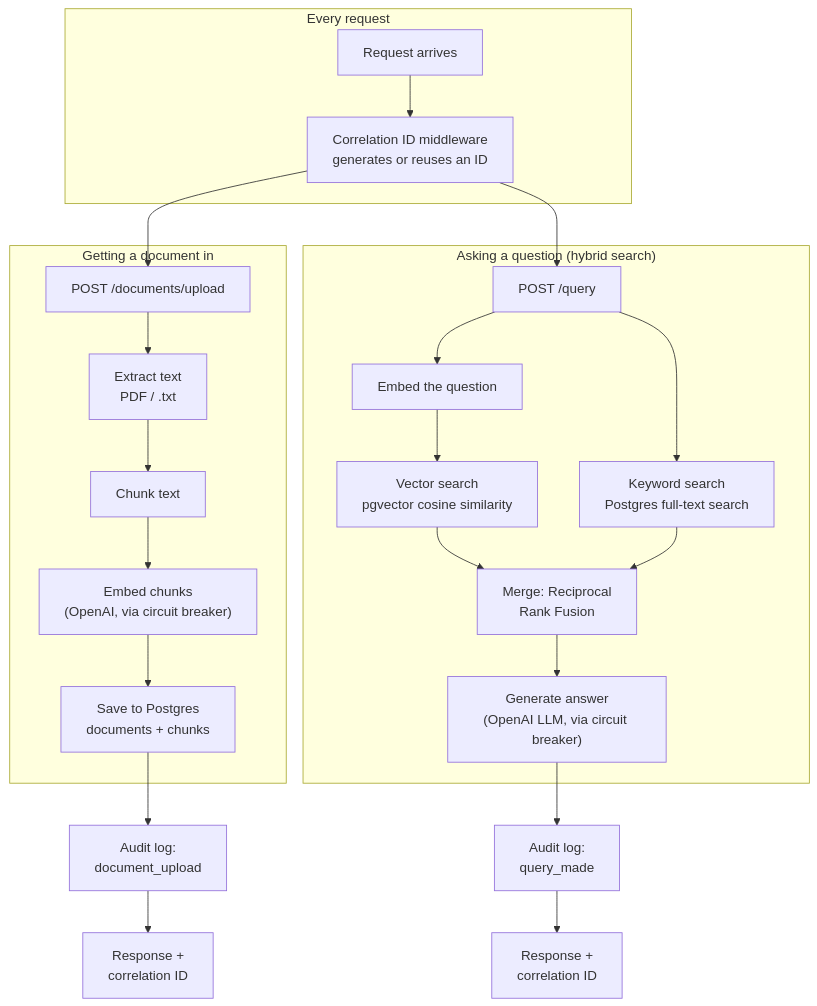
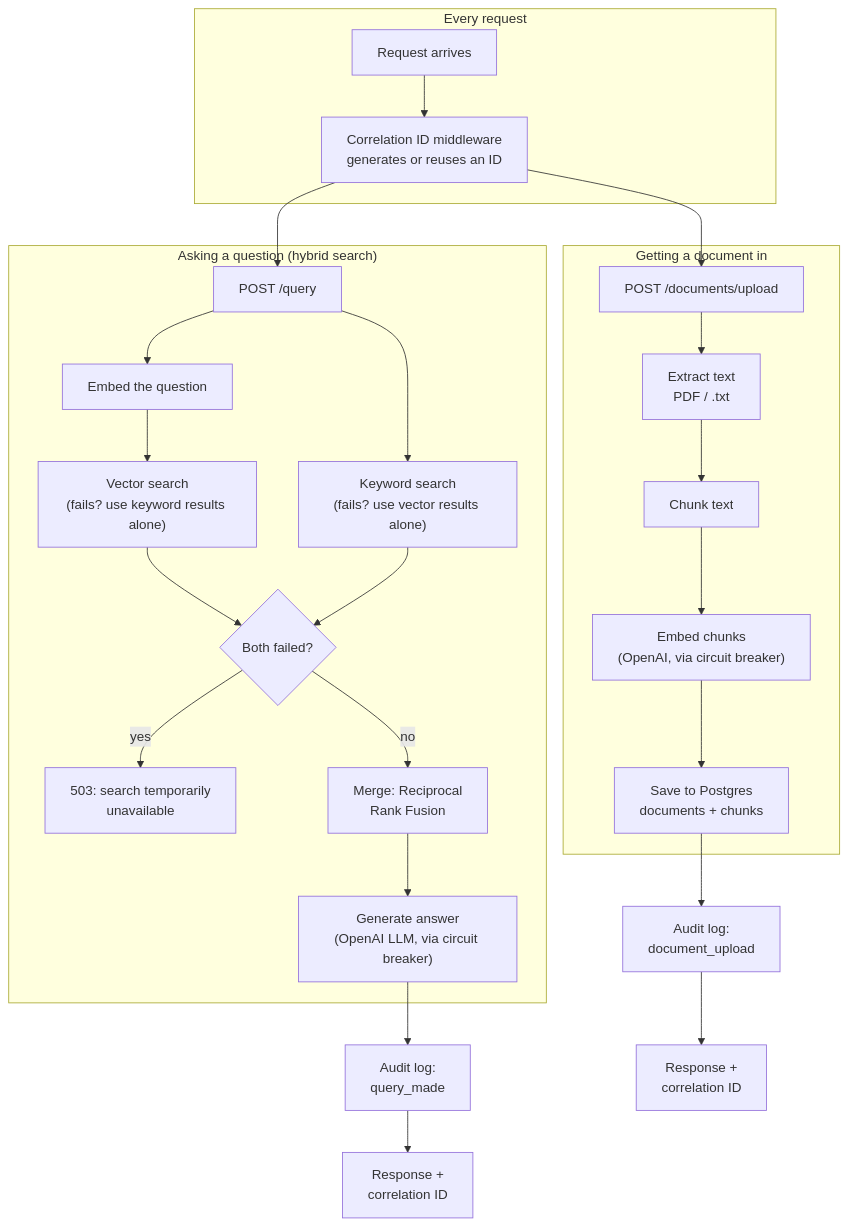
One commit to NavdeepTU/genai_projects changed the first of 2 diagrams in knowledge-brain/docs/ARCHITECTURE.md. Above: the diagram before and after it, drawn with Mermaid. The commit also changed other lines of this file and 19 other files, not shown here.

````diff
--- a/knowledge-brain/docs/ARCHITECTURE.md
+++ b/knowledge-brain/docs/ARCHITECTURE.md
@@ -18,31 +18,33 @@
 ```mermaid
 flowchart TD
     subgraph mw["Every request"]
         REQ[Request arrives] --> CID[Correlation ID middleware<br/>generates or reuses an ID]
     end
 
     CID --> UP[POST /documents/upload]
     CID --> Q[POST /query]
 
     subgraph ingest["Getting a document in"]
         UP --> EXTRACT[Extract text<br/>PDF / .txt]
         EXTRACT --> CHUNK[Chunk text]
         CHUNK --> EMBED["Embed chunks<br/>(OpenAI, via circuit breaker)"]
         EMBED --> SAVE[Save to Postgres<br/>documents + chunks]
     end
 
     subgraph retrieve["Asking a question (hybrid search)"]
         Q --> QEMBED[Embed the question]
-        QEMBED --> VEC[Vector search<br/>pgvector cosine similarity]
-        Q --> KW[Keyword search<br/>Postgres full-text search]
-        VEC --> RRF[Merge: Reciprocal<br/>Rank Fusion]
-        KW --> RRF
+        QEMBED --> VEC["Vector search<br/>(fails? use keyword results alone)"]
+        Q --> KW["Keyword search<br/>(fails? use vector results alone)"]
+        VEC --> BOTH{Both failed?}
+        KW --> BOTH
+        BOTH -->|yes| ERR[503: search temporarily<br/>unavailable]
+        BOTH -->|no| RRF[Merge: Reciprocal<br/>Rank Fusion]
         RRF --> GEN["Generate answer<br/>(OpenAI LLM, via circuit breaker)"]
     end
 
     SAVE --> AUDIT1[Audit log:<br/>document_upload]
     GEN --> AUDIT2[Audit log:<br/>query_made]
 
     AUDIT1 --> RESP1[Response +<br/>correlation ID]
     AUDIT2 --> RESP2[Response +<br/>correlation ID]
 ```
````
